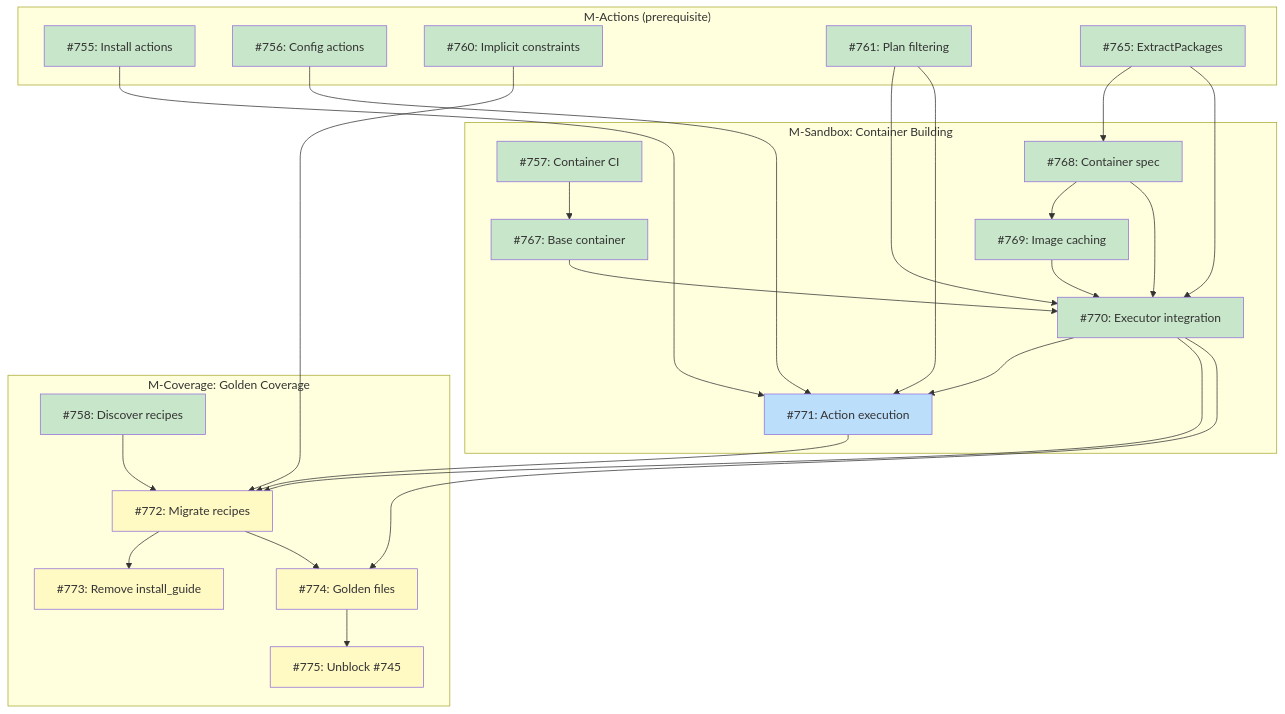
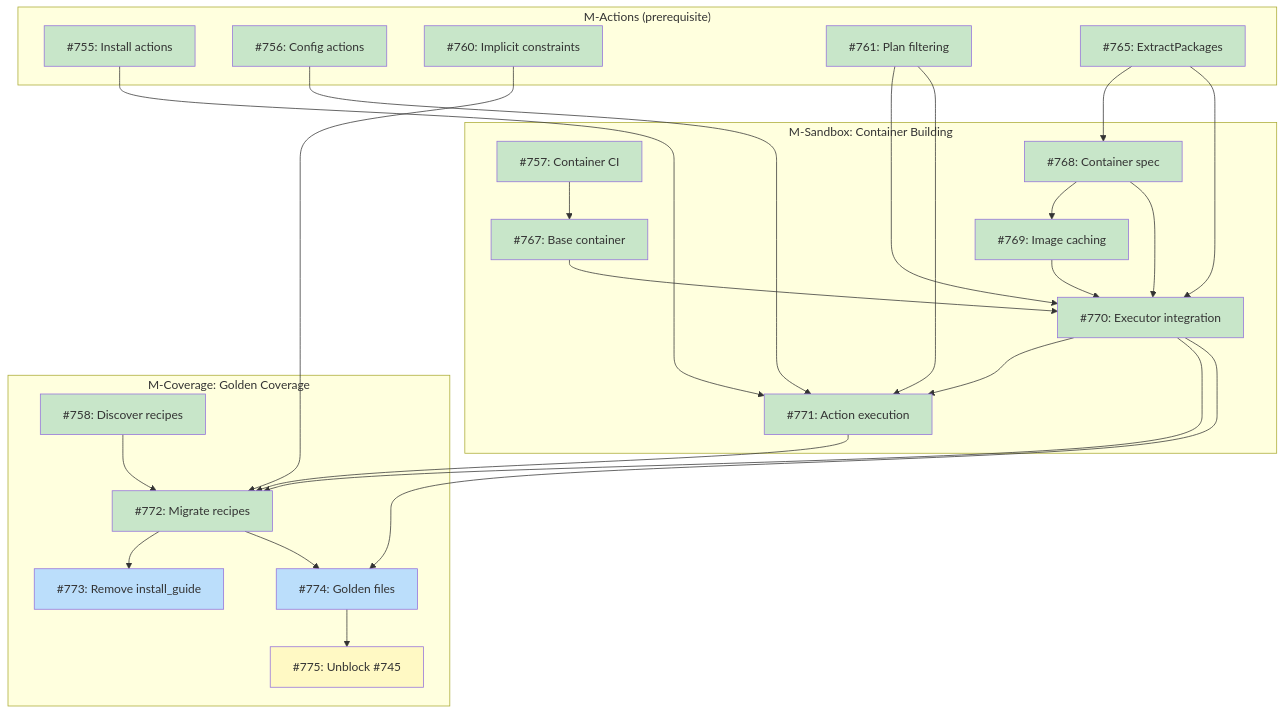
The diagram in docs/designs/DESIGN-structured-install-guide.md (tsukumogami/tsuku), drawn with Mermaid before and after one commit. The commit also changed 3 other files, not shown here.

````diff
--- a/docs/designs/DESIGN-structured-install-guide.md
+++ b/docs/designs/DESIGN-structured-install-guide.md
@@ -32,57 +32,57 @@
 ```mermaid
 graph TD
     subgraph Actions["M-Actions (prerequisite)"]
         I755["#755: Install actions"]
         I756["#756: Config actions"]
         I760["#760: Implicit constraints"]
         I761["#761: Plan filtering"]
         I765["#765: ExtractPackages"]
     end
 
     subgraph Sandbox["M-Sandbox: Container Building"]
         I757["#757: Container CI"]
         I767["#767: Base container"]
         I768["#768: Container spec"]
         I769["#769: Image caching"]
         I770["#770: Executor integration"]
         I771["#771: Action execution"]
     end
 
     subgraph Coverage["M-Coverage: Golden Coverage"]
         I758["#758: Discover recipes"]
         I772["#772: Migrate recipes"]
         I773["#773: Remove install_guide"]
         I774["#774: Golden files"]
         I775["#775: Unblock #745"]
     end
 
     I757 --> I767
     I765 --> I768
     I768 --> I769
     I761 --> I770
     I767 --> I770
     I768 --> I770
     I769 --> I770
     I765 --> I770
     I755 --> I771
     I756 --> I771
     I770 --> I771
     I761 --> I771
     I758 --> I772
     I770 --> I772
     I771 --> I772
     I760 --> I772
     I772 --> I773
     I772 --> I774
     I770 --> I774
     I774 --> I775
 
     classDef done fill:#c8e6c9
     classDef ready fill:#bbdefb
     classDef blocked fill:#fff9c4
     classDef needsDesign fill:#e1bee7
 
-    class I755,I756,I757,I758,I760,I761,I765,I767,I768,I769,I770 done
-    class I771 ready
-    class I772,I773,I774,I775 blocked
+    class I755,I756,I757,I758,I760,I761,I765,I767,I768,I769,I770,I771,I772 done
+    class I773,I774 ready
+    class I775 blocked
 ```
````
